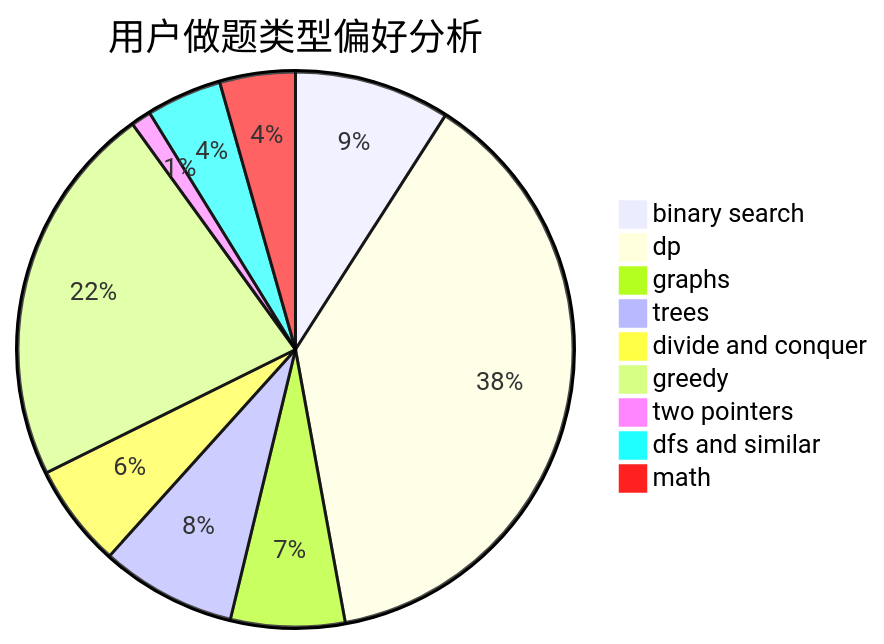
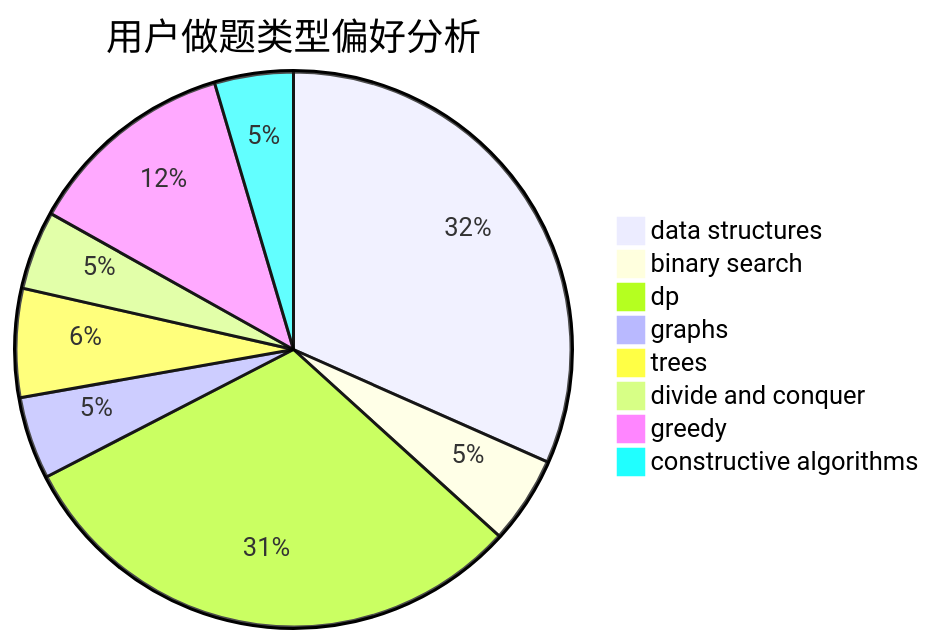
Before and after one commit to sherpahu/cfrs.github.io: the second of 3 diagrams in docs/user/u538.md, drawn with Mermaid. The commit also changed other lines of this file and 2775 other files, not shown here.

````diff
--- a/docs/user/u538.md
+++ b/docs/user/u538.md
@@ -23,12 +23,11 @@
 ```mermaid
 pie title 用户做题类型偏好分析
-    "binary search" :  101
-    "dp" :  424
-    "graphs" :  74
-    "trees" :  88
-    "divide and conquer" :  67
-    "greedy" :  249
-    "two pointers" :  13
-    "dfs and similar" :  49
-    "math" :  49
+    "data structures" :  435
+    "binary search" :  70
+    "dp" :  422
+    "graphs" :  66
+    "trees" :  87
+    "divide and conquer" :  63
+    "greedy" :  169
+    "constructive algorithms" :  63
 ```
````
